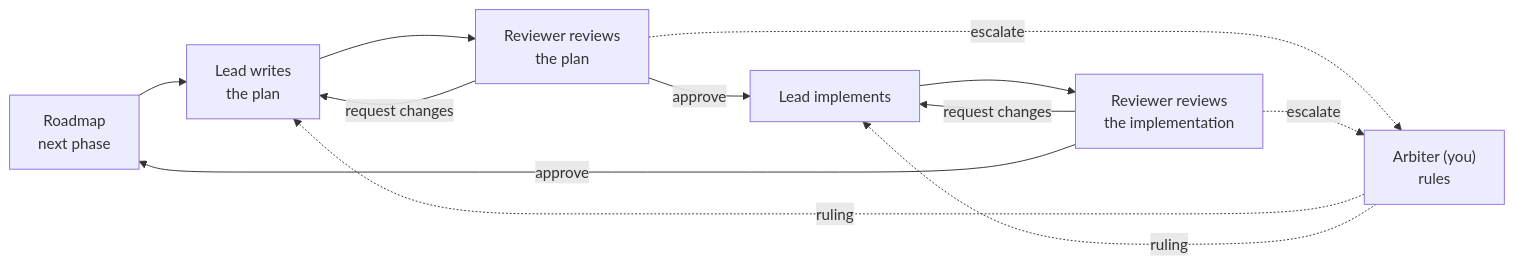
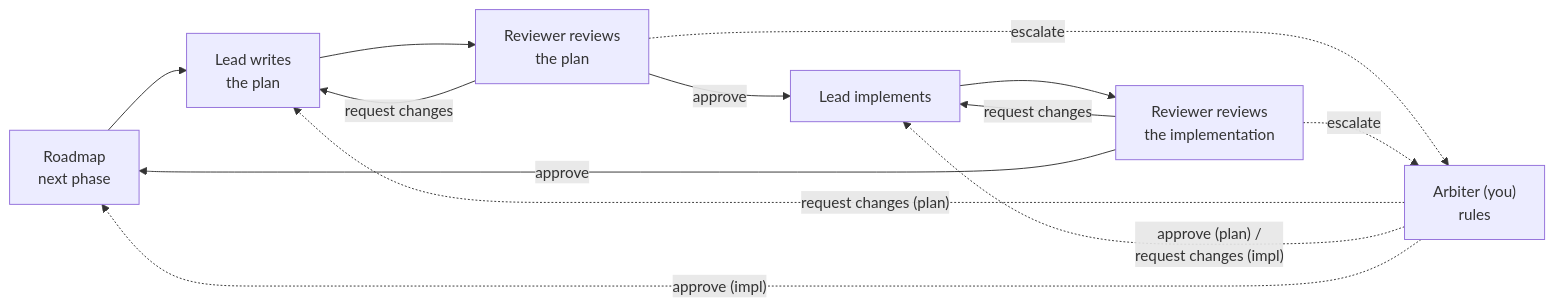
Before and after one commit to jblacketter/ai-handoff: the first of 4 diagrams in README.md, drawn with Mermaid. The commit also changed other lines of this file and 14 other files, not shown here.

Commit message:
fix(phase-36): canonical-key precedence before as-of filter; cockpit stale-round wording (text-only) + recapture; loop diagram splits the arbiter's ruling outcomes; semantic tests

````diff
--- a/README.md
+++ b/README.md
@@ -11,14 +11,15 @@
 ```mermaid
 flowchart LR
     R["Roadmap<br/>next phase"] --> P["Lead writes<br/>the plan"]
     P --> PR["Reviewer reviews<br/>the plan"]
     PR -- "request changes" --> P
     PR -- "approve" --> I["Lead implements"]
     I --> IR["Reviewer reviews<br/>the implementation"]
     IR -- "request changes" --> I
     IR -- "approve" --> R
     PR -. "escalate" .-> A["Arbiter (you)<br/>rules"]
     IR -. "escalate" .-> A
-    A -. "ruling" .-> P
-    A -. "ruling" .-> I
+    A -. "request changes (plan)" .-> P
+    A -. "approve (plan) /<br/>request changes (impl)" .-> I
+    A -. "approve (impl)" .-> R
 ```
````
